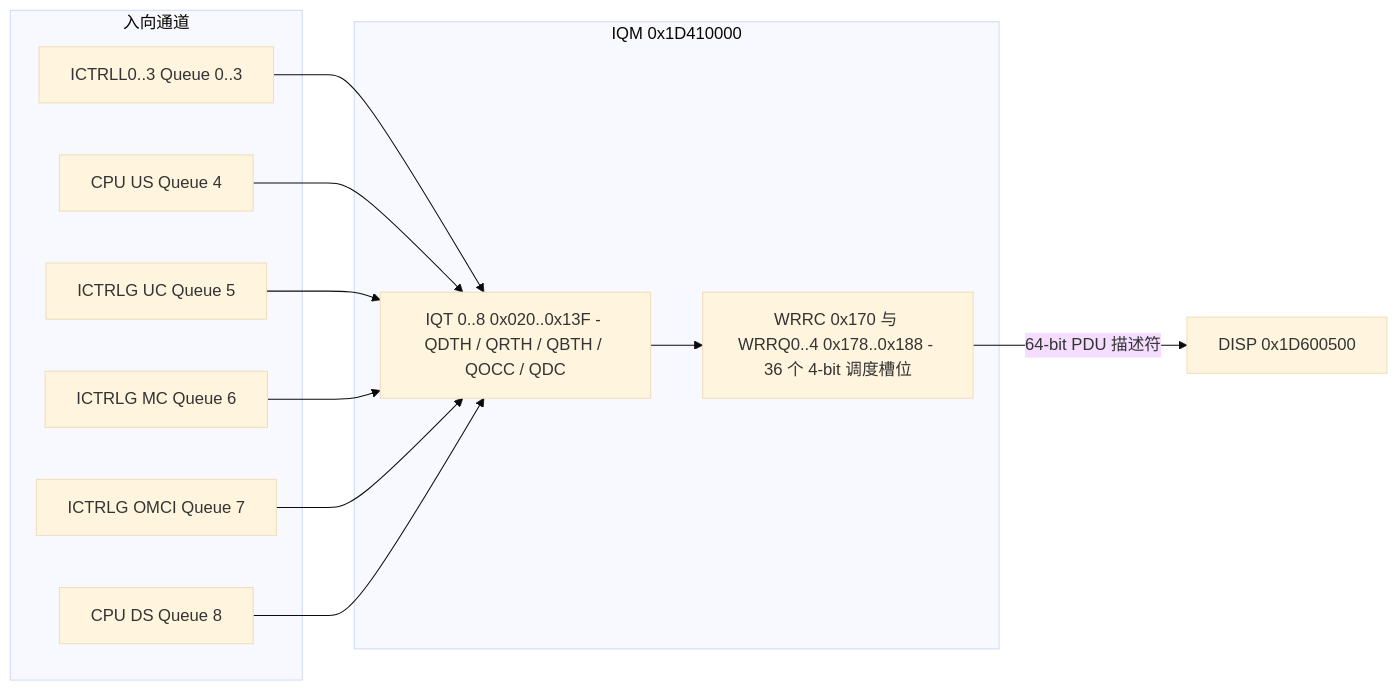
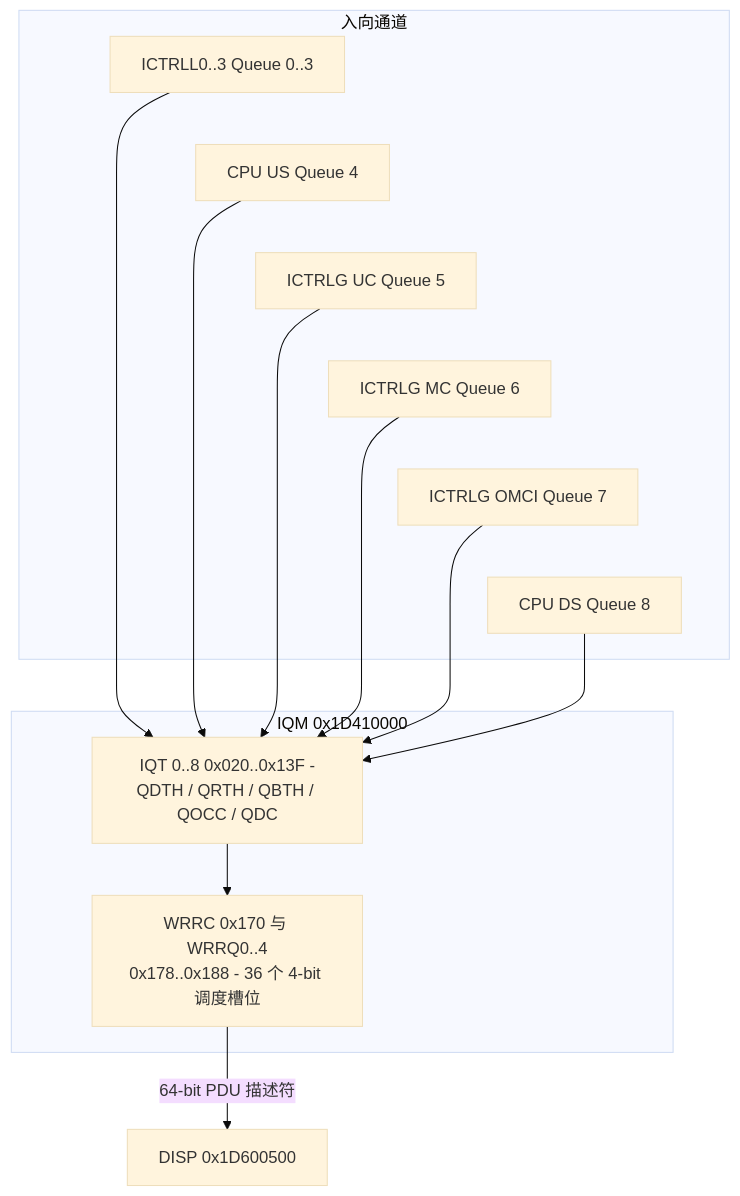
The diagram in 06_functional_blocks/03_iqm_and_queues.md (difanz/lantiq-falcon-s-docs), drawn with Mermaid (base theme) before and after one commit. The commit also changed 33 other files, not shown here.

Commit message:
Improve diagram readability and adopt the Material theme

````diff
--- a/06_functional_blocks/03_iqm_and_queues.md
+++ b/06_functional_blocks/03_iqm_and_queues.md
@@ -23,25 +23,26 @@
 ```mermaid
-flowchart LR
+flowchart TD
     subgraph Sources["入向通道"]
         LAN["ICTRLL0..3 Queue 0..3"]
         CPU_US["CPU US Queue 4"]
         WAN_UC["ICTRLG UC Queue 5"]
         WAN_MC["ICTRLG MC Queue 6"]
         OMCI["ICTRLG OMCI Queue 7"]
         CPU_DS["CPU DS Queue 8"]
+        LAN ~~~ CPU_US ~~~ WAN_UC ~~~ WAN_MC ~~~ OMCI ~~~ CPU_DS
     end
 
     subgraph IQM_Block["IQM 0x1D410000"]
-        IQT["IQT 0..8 0x020..0x13F - QDTH / QRTH / QBTH / QOCC / QDC"]
-        WRR["WRRC 0x170 与 WRRQ0..4 0x178..0x188 - 36 个 4-bit 调度槽位"]
+        IQT["IQT 0..8 0x020..0x13F -<br/>QDTH / QRTH / QBTH / QOCC / QDC"]
+        WRR["WRRC 0x170 与 WRRQ0..4<br/>0x178..0x188 - 36 个 4-bit 调度槽位"]
     end
 
     LAN --> IQT
     CPU_US --> IQT
     WAN_UC --> IQT
     WAN_MC --> IQT
     OMCI --> IQT
     CPU_DS --> IQT
     IQT --> WRR
     WRR -->|64-bit PDU 描述符| DISP["DISP 0x1D600500"]
 ```
````
